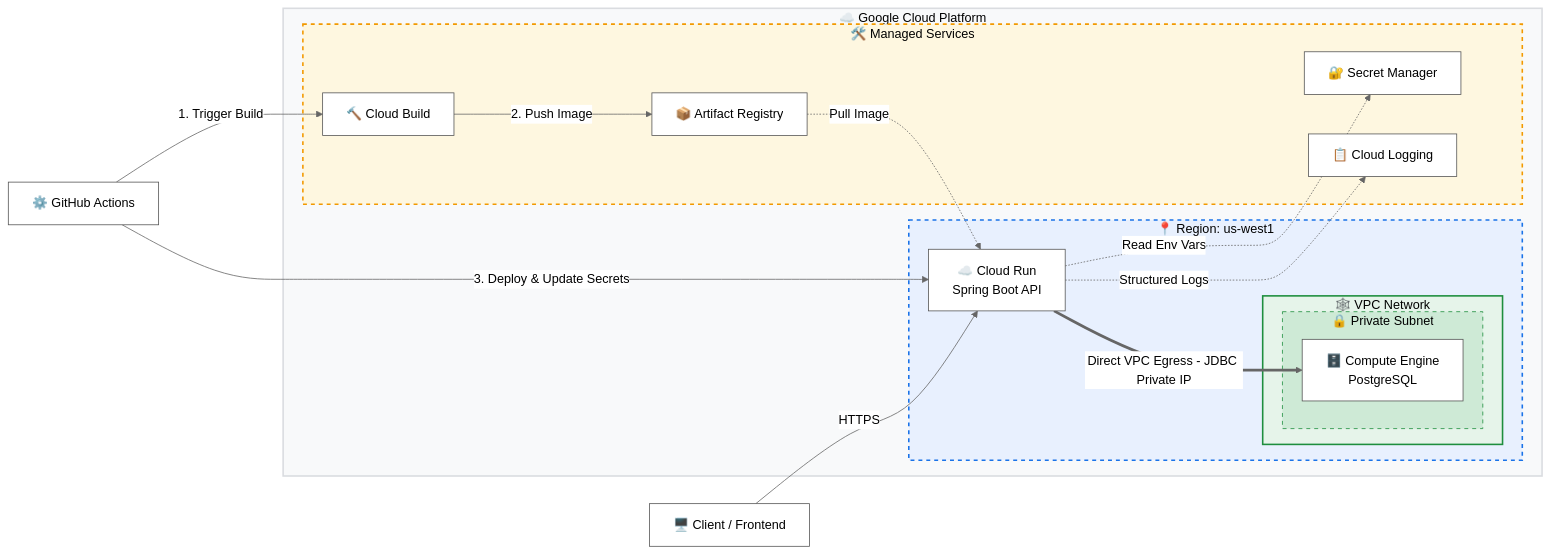
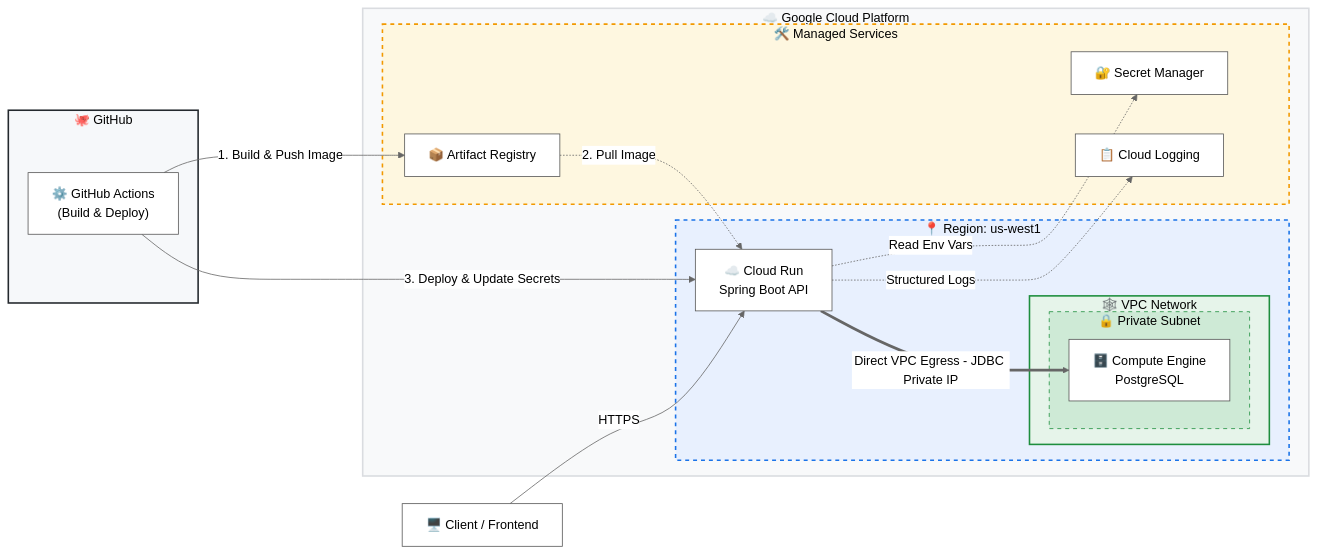
One commit to GDGOC-Kangnam-University/every-club-be changed the first of 2 diagrams in deploy.md. Above: the diagram before and after it, drawn with Mermaid (neutral theme).

Commit message:
Revise deployment guide with updated architecture details
Updated the deployment and architecture guide for the Every-Club-BE project, enhancing security and visibility while detailing the CI/CD pipeline setup.

````diff
--- a/deploy.md
+++ b/deploy.md
@@ -22,54 +22,58 @@
 ```mermaid
 graph LR
     %% 전역 노드 스타일 강제 (다크/라이트 모드 호환)
     classDef default fill:#ffffff,stroke:#555555,stroke-width:1px,color:#000000;
 
     %% External Entities
     Client["🖥️ Client / Frontend"]
-    GHA["⚙️ GitHub Actions"]
+    
+    %% GitHub Boundary
+    subgraph GitHub ["🐙 GitHub"]
+        GHA["⚙️ GitHub Actions<br/>(Build & Deploy)"]
+    end
 
     %% Google Cloud Platform Boundary
     subgraph GCP ["☁️ Google Cloud Platform"]
         
         %% Region Boundary
         subgraph Region ["📍 Region: us-west1"]
             CR["☁️ Cloud Run<br/>Spring Boot API"]
             
             %% VPC & Subnet Boundary
             subgraph VPC ["🕸️ VPC Network"]
                 subgraph Subnet ["🔒 Private Subnet"]
                     GCE["🗄️ Compute Engine<br/>PostgreSQL"]
                 end
             end
         end
 
         %% Managed Services
         subgraph Managed ["🛠️ Managed Services"]
-            CB["🔨 Cloud Build"]
             AR["📦 Artifact Registry"]
             SM["🔐 Secret Manager"]
             CL["📋 Cloud Logging"]
         end
     end
 
     %% Network & Data Flow
     Client -->|HTTPS| CR
     
-    GHA -->|1. Trigger Build| CB
+    GHA -->|1. Build & Push Image| AR
     GHA -->|3. Deploy & Update Secrets| CR
     
-    CB -->|2. Push Image| AR
-    AR -.->|Pull Image| CR
+    AR -.->|2. Pull Image| CR
 
     CR ==>|Direct VPC Egress - JDBC Private IP| GCE
     
     CR -.->|Read Env Vars| SM
     CR -.->|Structured Logs| CL
 
     %% 서브그래프 배경 및 텍스트 색상 강제 (검은색 텍스트 유지)
+    style GitHub fill:#f6f8fa,stroke:#24292e,stroke-width:2px,color:#000000
     style GCP fill:#f8f9fa,stroke:#dadce0,stroke-width:2px,color:#000000
     style Region fill:#e8f0fe,stroke:#1a73e8,stroke-width:2px,stroke-dasharray: 5 5,color:#000000
     style VPC fill:#e6f4ea,stroke:#1e8e3e,stroke-width:2px,color:#000000
     style Subnet fill:#ceead6,stroke:#1e8e3e,stroke-width:1px,stroke-dasharray: 5 5,color:#000000
     style Managed fill:#fef7e0,stroke:#f29900,stroke-width:2px,stroke-dasharray: 5 5,color:#000000
+
 ```
````
